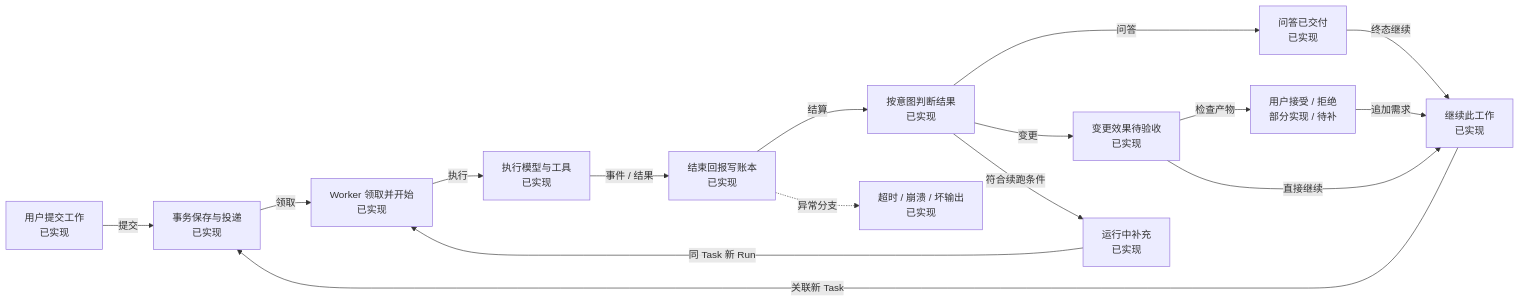
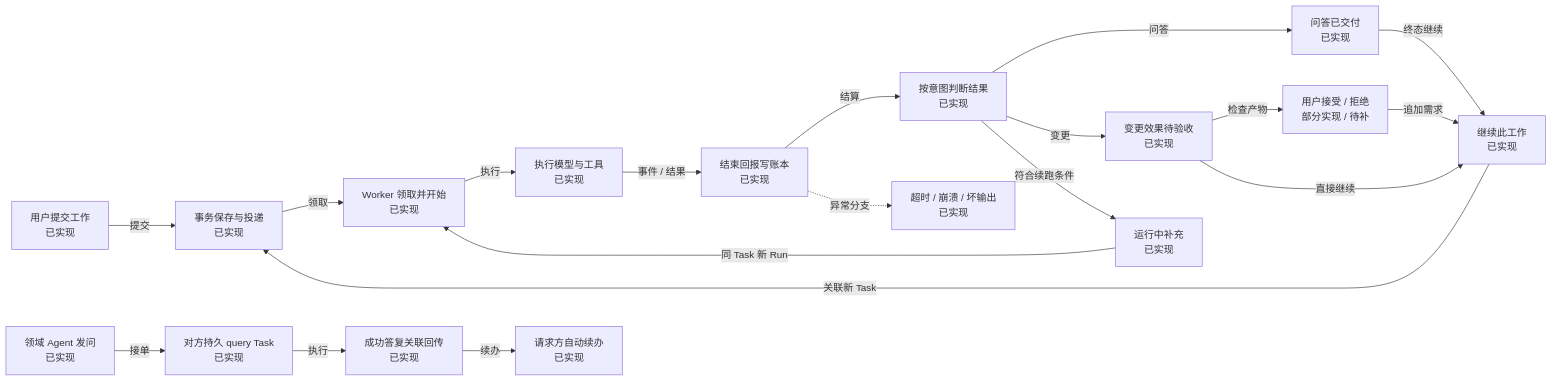
One commit to insky2017/OpenAgentX changed the second of 7 diagrams in docs/design/CURRENT_ARCHITECTURE.md. Above: the diagram before and after it, drawn with Mermaid. The commit also changed other lines of this file and 15 other files, not shown here.

Commit message:
docs: refresh architecture and terminal collaboration diagrams

````diff
--- a/docs/design/CURRENT_ARCHITECTURE.md
+++ b/docs/design/CURRENT_ARCHITECTURE.md
@@ -84,30 +85,37 @@
 ```mermaid
 flowchart LR
   submit["用户提交工作<br/>已实现"]
   commit["事务保存与投递<br/>已实现"]
   begin["Worker 领取并开始<br/>已实现"]
   execute["执行模型与工具<br/>已实现"]
   finish["结束回报写账本<br/>已实现"]
   classify["按意图判断结果<br/>已实现"]
   query["问答已交付<br/>已实现"]
   mutation["变更效果待验收<br/>已实现"]
   review["用户接受 / 拒绝<br/>部分实现 / 待补"]
   continue["继续此工作<br/>已实现"]
   nextturn["运行中补充<br/>已实现"]
   unknown["超时 / 崩溃 / 坏输出<br/>已实现"]
+  ask["领域 Agent 发问<br/>已实现"]
+  consult["对方持久 query Task<br/>已实现"]
+  reply["成功答复关联回传<br/>已实现"]
+  consume["请求方自动续办<br/>已实现"]
   submit -->|"提交"| commit
   commit -->|"领取"| begin
   begin -->|"执行"| execute
   execute -->|"事件 / 结果"| finish
   finish -->|"结算"| classify
   classify -->|"问答"| query
   classify -->|"变更"| mutation
   mutation -->|"检查产物"| review
   review -->|"追加需求"| continue
   classify -->|"符合续跑条件"| nextturn
   finish -.->|"异常分支"| unknown
   query -->|"终态继续"| continue
   mutation -->|"直接继续"| continue
   nextturn -->|"同 Task 新 Run"| begin
   continue -->|"关联新 Task"| commit
+  ask -->|"接单"| consult
+  consult -->|"执行"| reply
+  reply -->|"续办"| consume
 ```
````
